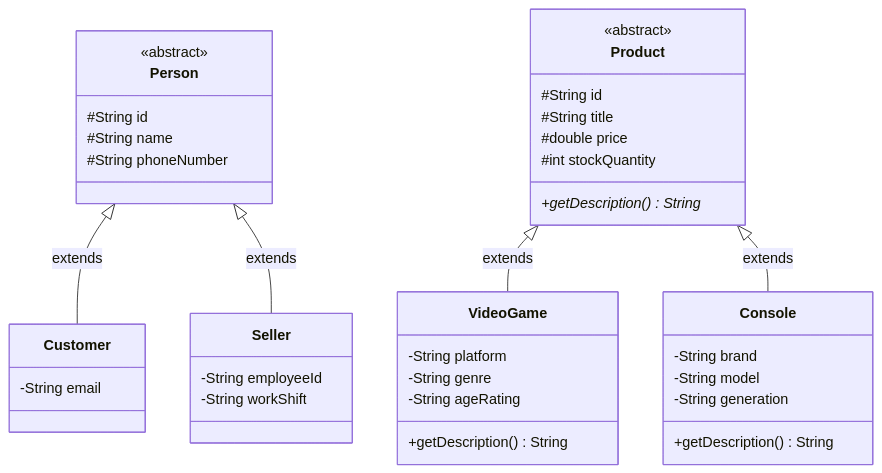
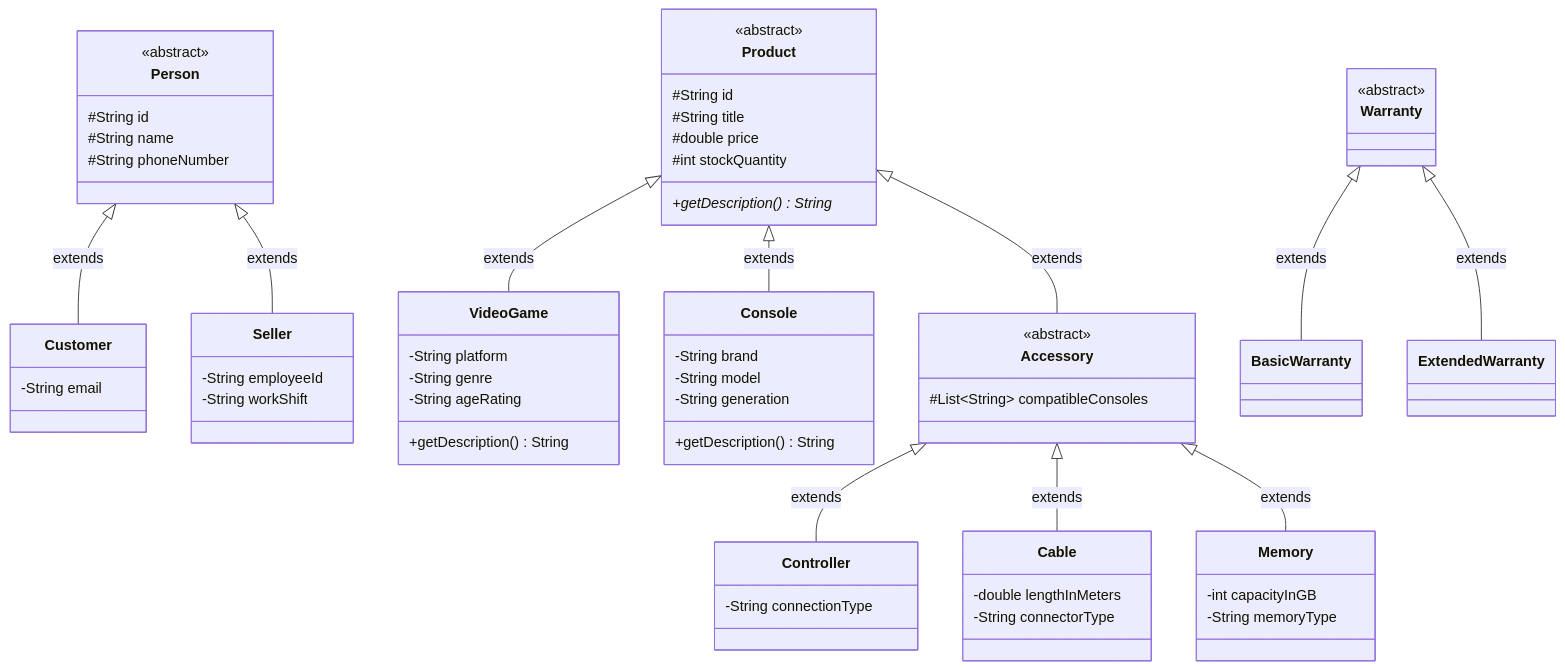
One commit to jdpinzon08/workshop-GameZoneUnicesar-mondongoCodingPROS changed the diagram in docs/hierarchy-diagram.md. Above: the diagram before and after it, drawn with Mermaid. The commit also changed 4 other files, not shown here.

Commit message:
docs: align GameZone architecture diagrams

````diff
--- a/docs/hierarchy-diagram.md
+++ b/docs/hierarchy-diagram.md
@@ -3,49 +3,82 @@
 ```mermaid
 classDiagram
     %% Person Hierarchy
     class Person {
         <<abstract>>
         #String id
         #String name
         #String phoneNumber
     }
 
     class Customer {
         -String email
     }
 
     class Seller {
         -String employeeId
         -String workShift
     }
 
     Person <|-- Customer : extends
     Person <|-- Seller : extends
 
     %% Product Hierarchy
     class Product {
         <<abstract>>
         #String id
         #String title
         #double price
         #int stockQuantity
         +getDescription()* String
     }
 
     class VideoGame {
         -String platform
         -String genre
         -String ageRating
         +getDescription() String
     }
 
     class Console {
         -String brand
         -String model
         -String generation
         +getDescription() String
     }
 
+    class Accessory {
+        <<abstract>>
+        #List~String~ compatibleConsoles
+    }
+
+    class Controller {
+        -String connectionType
+    }
+
+    class Cable {
+        -double lengthInMeters
+        -String connectorType
+    }
+
+    class Memory {
+        -int capacityInGB
+        -String memoryType
+    }
+
     Product <|-- VideoGame : extends
     Product <|-- Console : extends
+    Product <|-- Accessory : extends
+    Accessory <|-- Controller : extends
+    Accessory <|-- Cable : extends
+    Accessory <|-- Memory : extends
+
+    %% Warranty Hierarchy
+    class Warranty {
+        <<abstract>>
+    }
+    class BasicWarranty
+    class ExtendedWarranty
+
+    Warranty <|-- BasicWarranty : extends
+    Warranty <|-- ExtendedWarranty : extends
 ```
````
